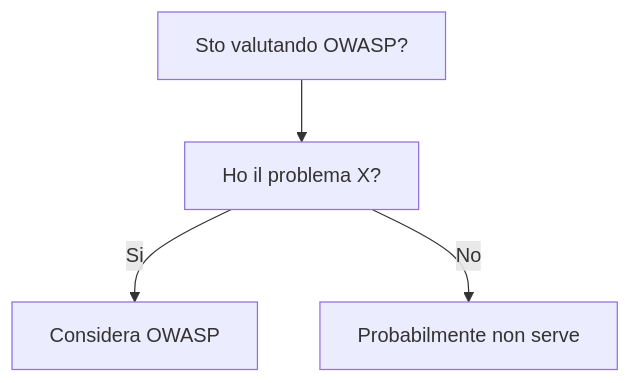
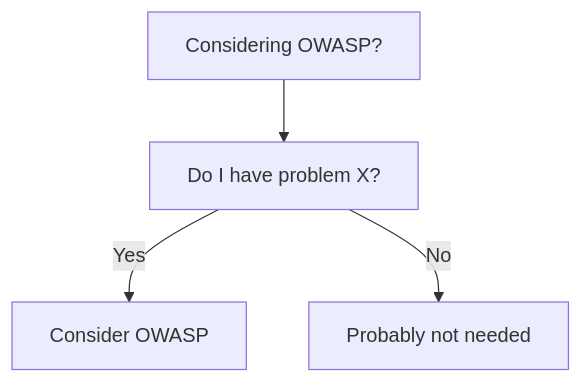
One commit to HxT9/Software-Dev-Wiki changed the diagram in dev-wiki/08_Security/OWASP/When_To_Use.md. Above: the diagram before and after it, drawn with Mermaid. The commit also changed other lines of this file and 3444 other files, not shown here.

````diff
--- a/dev-wiki/08_Security/OWASP/When_To_Use.md
+++ b/dev-wiki/08_Security/OWASP/When_To_Use.md
@@ -19,6 +19,6 @@
 ```mermaid
 flowchart TD
-  Q[Sto valutando OWASP?] --> Q1[Ho il problema X?]
-  Q1 -->|Si| OK[Considera OWASP]
-  Q1 -->|No| NO[Probabilmente non serve]
+  Q[Considering OWASP?] --> Q1[Do I have problem X?]
+  Q1 -->|Yes| OK[Consider OWASP]
+  Q1 -->|No| NO[Probably not needed]
 ```
````
